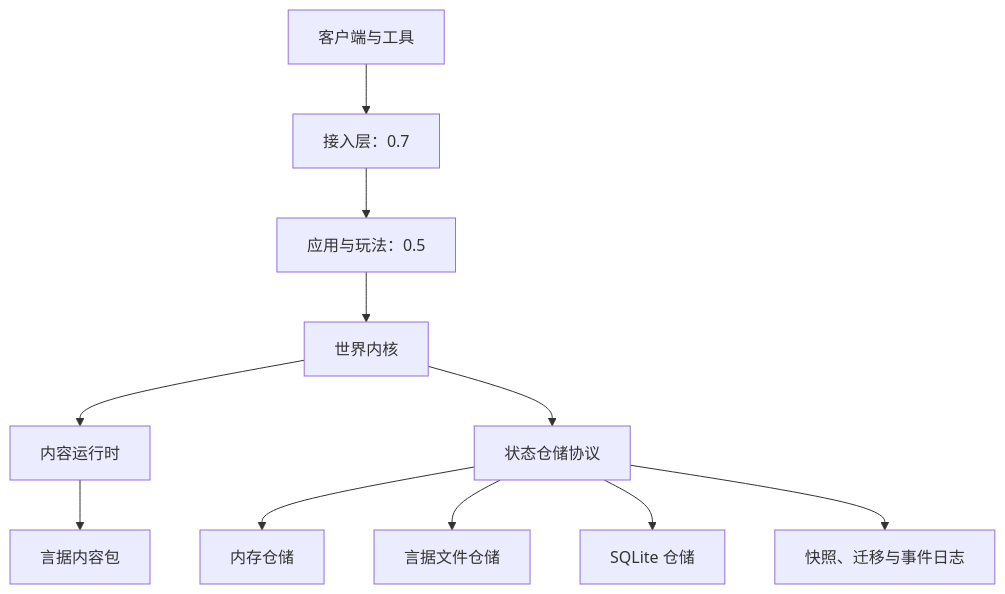
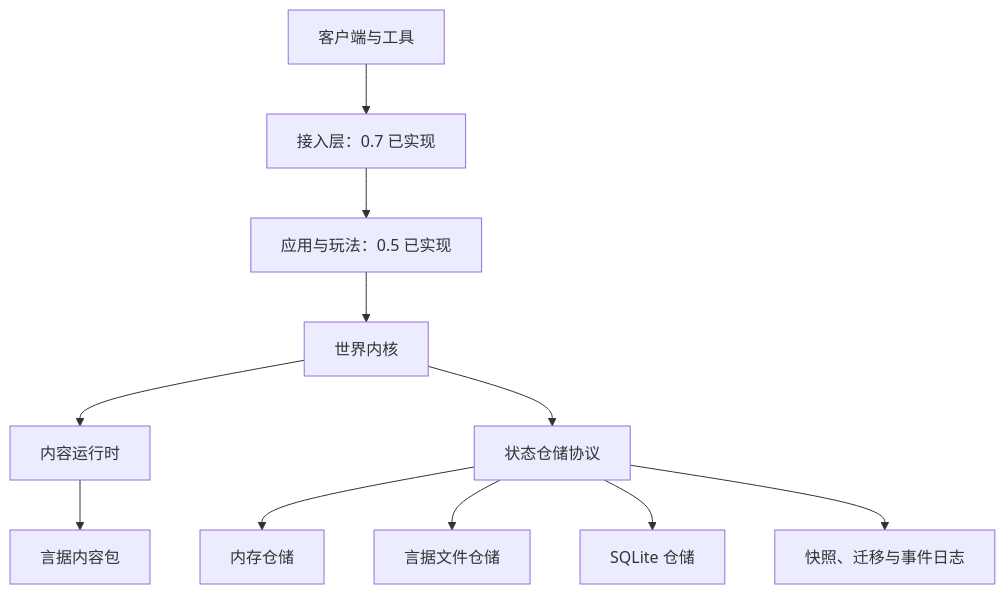
Before and after one commit to LiuXiu233/yanxu-mud: the diagram in README.md, drawn with Mermaid. The commit also changed other lines of this file and 134 other files, not shown here.

````diff
--- a/README.md
+++ b/README.md
@@ -41,13 +46,13 @@
 ```mermaid
 flowchart TB
-    A[客户端与工具] --> B[接入层：0.7]
-    B --> C[应用与玩法：0.5]
+    A[客户端与工具] --> B[接入层：0.7 已实现]
+    B --> C[应用与玩法：0.5 已实现]
     C --> D[世界内核]
     D --> E[内容运行时]
     D --> F[状态仓储协议]
     E --> G[言据内容包]
     F --> H[内存仓储]
     F --> I[言据文件仓储]
     F --> J[SQLite 仓储]
     F --> K[快照、迁移与事件日志]
 ```
````
